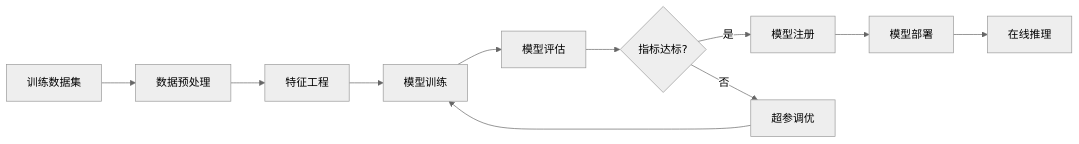
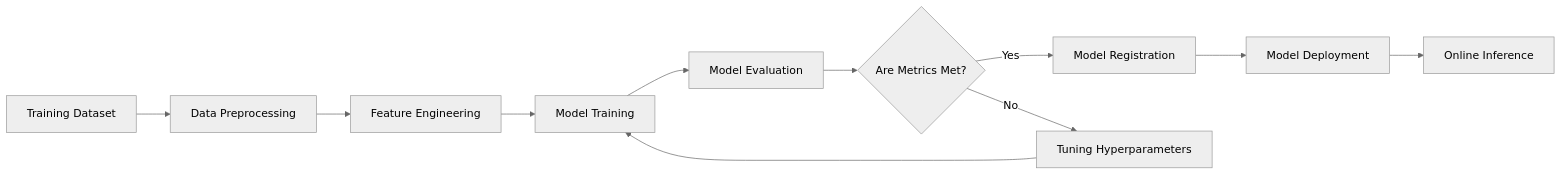
One commit to teaglebuilt/knowledge-tree changed the fourth of 4 diagrams in tree/application/architecture/solid-state-battery.md. Above: the diagram before and after it, drawn with Mermaid (neutral theme). The commit also changed other lines of this file and 18 other files, not shown here.

````diff
--- a/tree/application/architecture/solid-state-battery.md
+++ b/tree/application/architecture/solid-state-battery.md
@@ -572,13 +572,13 @@
 ```mermaid
 flowchart LR
-    A[训练数据集] --> B[数据预处理]
-    B --> C[特征工程]
-    C --> D[模型训练]
-    D --> E[模型评估]
-    E --> F{指标达标?}
-    F -->|是| G[模型注册]
-    F -->|否| H[超参调优]
+    A[Training Dataset] --> B[Data Preprocessing]
+    B --> C[Feature Engineering]
+    C --> D[Model Training]
+    D --> E[Model Evaluation]
+    E --> F{Are Metrics Met?}
+    F -->|Yes| G[Model Registration]
+    F -->|No| H[Tuning Hyperparameters]
     H --> D
-    G --> I[模型部署]
-    I --> J[在线推理]
+    G --> I[Model Deployment]
+    I --> J[Online Inference]
 ```
````
